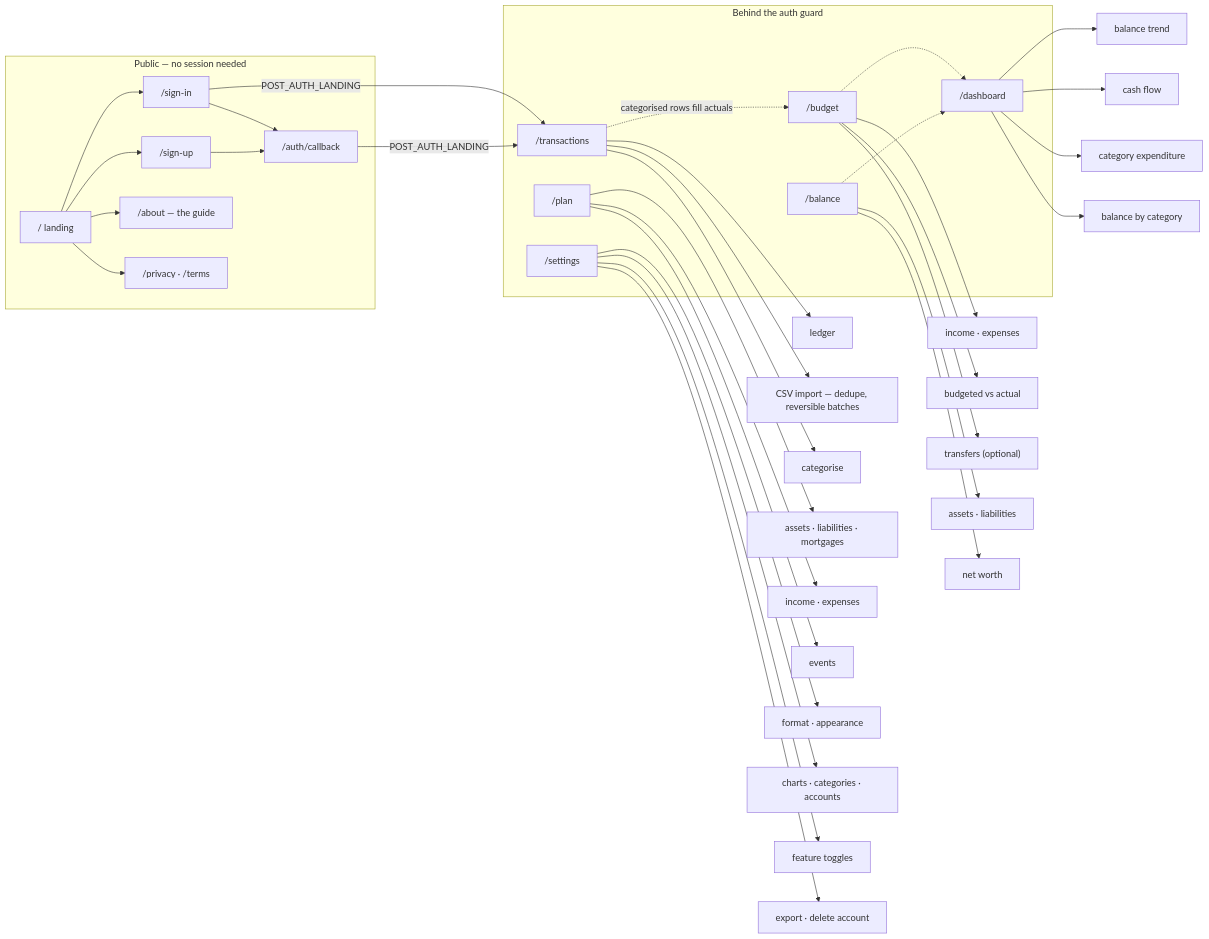
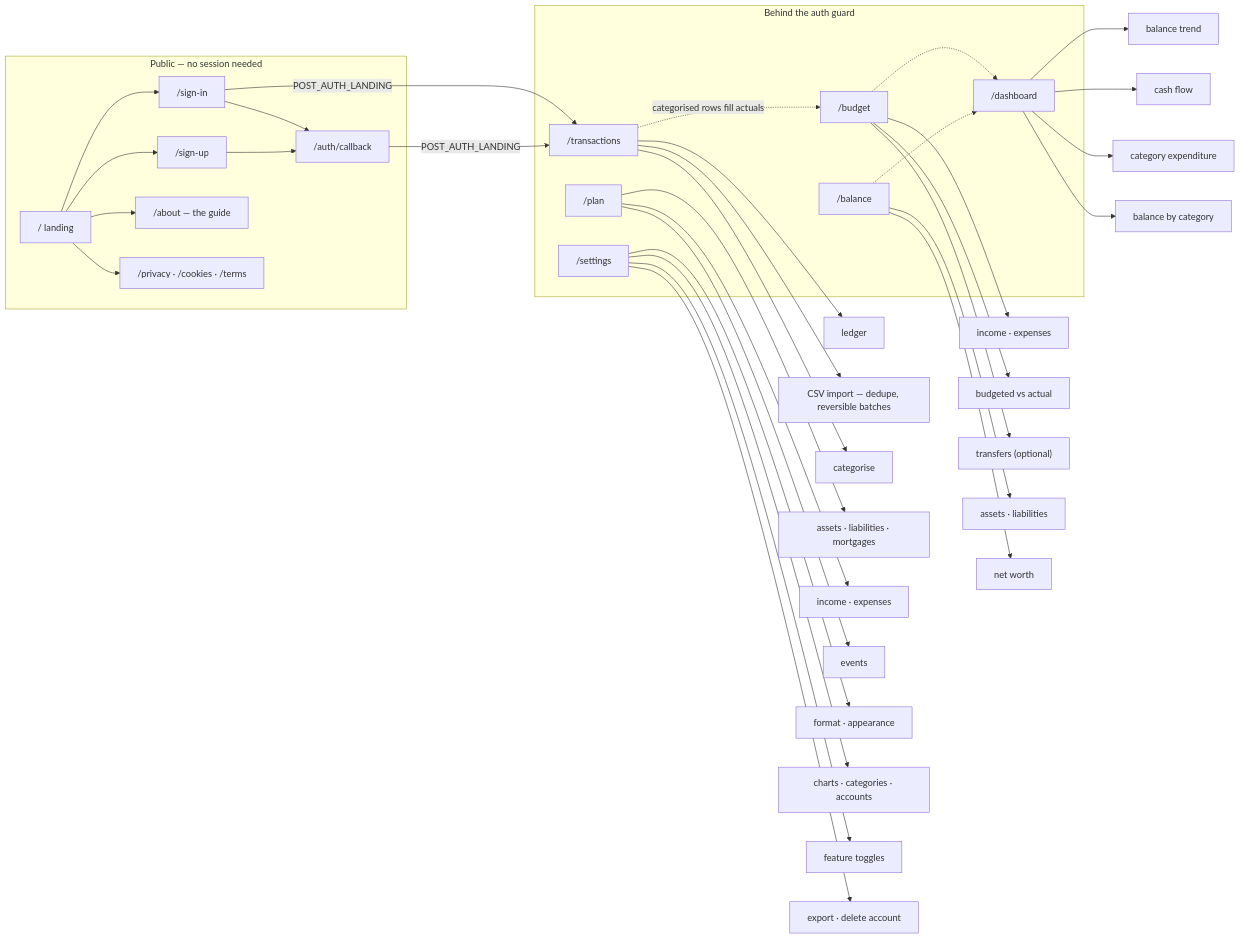
One commit to JRRS1982/halcyon changed the diagram in docs/SiteMap.md. Above: the diagram before and after it, drawn with Mermaid. The commit also changed other lines of this file and 12 other files, not shown here.

First line of the commit message:
JRRSMVF/legal-protection: explicit privacy/cookie/terms pages and complete data deletion/export

````diff
--- a/docs/SiteMap.md
+++ b/docs/SiteMap.md
@@ -7,58 +7,58 @@
 ```mermaid
 flowchart LR
     subgraph public ["Public — no session needed"]
         HOME["/ landing"]
         SI["/sign-in"]
         SU["/sign-up"]
         CB["/auth/callback"]
         ABOUT["/about — the guide"]
-        LEGAL["/privacy · /terms"]
+        LEGAL["/privacy · /cookies · /terms"]
     end
 
     subgraph guarded ["Behind the auth guard"]
         TX["/transactions"]
         BUD["/budget"]
         BAL["/balance"]
         DASH["/dashboard"]
         PLAN["/plan"]
         SET["/settings"]
     end
 
     HOME --> SI
     HOME --> SU
     HOME --> ABOUT
     HOME --> LEGAL
     SI --> CB
     SU --> CB
     SI -->|POST_AUTH_LANDING| TX
     CB -->|POST_AUTH_LANDING| TX
 
     TX --> TX1["ledger"]
     TX --> TX2["CSV import — dedupe, reversible batches"]
     TX --> TX3["categorise"]
 
     BUD --> BUD1["income · expenses"]
     BUD --> BUD2["budgeted vs actual"]
     BUD --> BUD3["transfers (optional)"]
 
     BAL --> BAL1["assets · liabilities"]
     BAL --> BAL2["net worth"]
 
     DASH --> D1["balance trend"]
     DASH --> D2["cash flow"]
     DASH --> D3["category expenditure"]
     DASH --> D4["balance by category"]
 
     PLAN --> P1["assets · liabilities · mortgages"]
     PLAN --> P2["income · expenses"]
     PLAN --> P3["events"]
 
     SET --> S1["format · appearance"]
     SET --> S2["charts · categories · accounts"]
     SET --> S3["feature toggles"]
     SET --> S4["export · delete account"]
 
     TX -.->|categorised rows fill actuals| BUD
     BUD -.-> DASH
     BAL -.-> DASH
 ```
````
